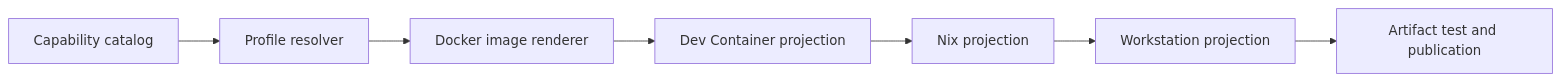
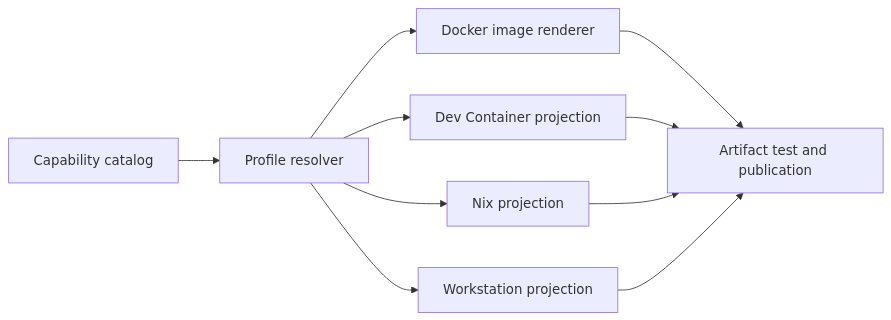
Before and after one commit to egohygiene/realm: the diagram in ARCHITECTURE.md, drawn with Mermaid. The commit also changed other lines of this file and 7 other files, not shown here.

````diff
--- a/ARCHITECTURE.md
+++ b/ARCHITECTURE.md
@@ -44,16 +44,19 @@
 ```mermaid
 flowchart LR
   S1[Capability catalog]
   S2[Profile resolver]
   S3[Docker image renderer]
   S4[Dev Container projection]
   S5[Nix projection]
   S6[Workstation projection]
   S7[Artifact test and publication]
   S1 --> S2
   S2 --> S3
-  S3 --> S4
-  S4 --> S5
-  S5 --> S6
+  S2 --> S4
+  S2 --> S5
+  S2 --> S6
+  S3 --> S7
+  S4 --> S7
+  S5 --> S7
   S6 --> S7
 ```
````
